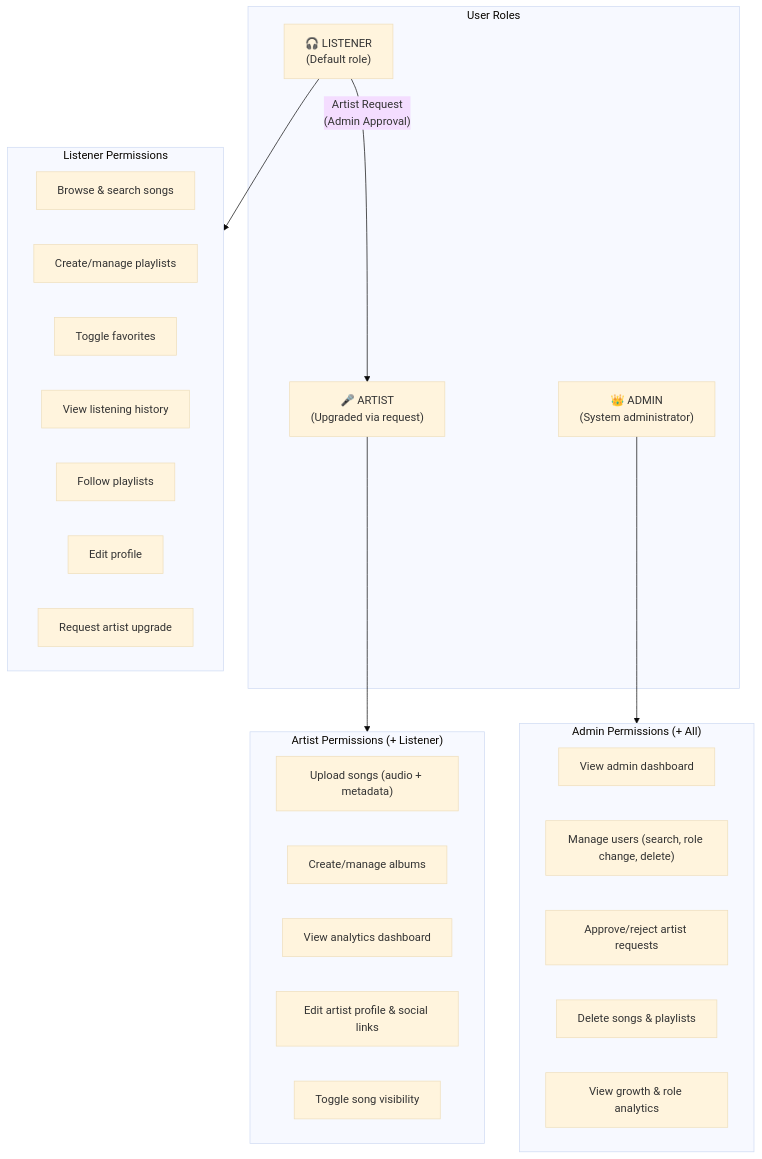
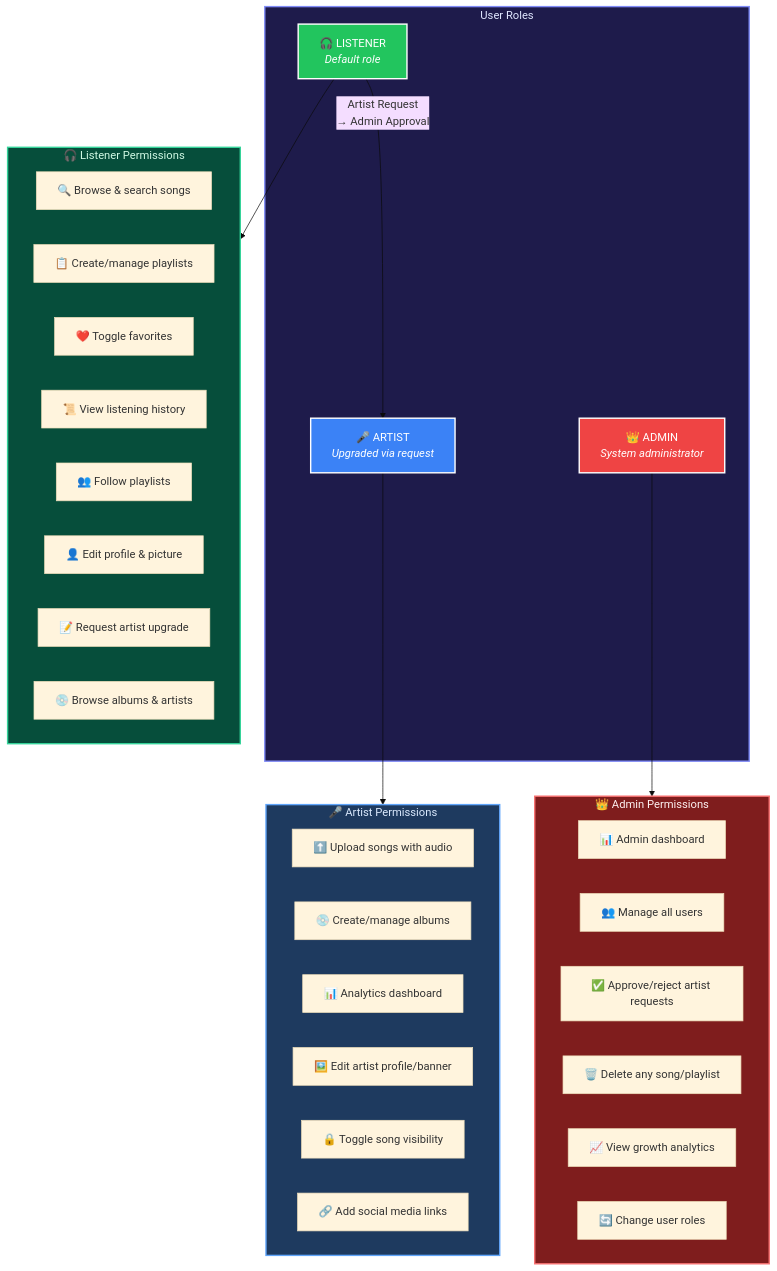
One commit to FlynnRyder29/RevPlay_Web_App changed the eighth of 9 diagrams in docs/architecture.md. Above: the diagram before and after it, drawn with Mermaid (base theme). The commit also changed other lines of this file and 1 other file, not shown here.

````diff
--- a/docs/architecture.md
+++ b/docs/architecture.md
@@ -448,40 +546,51 @@
 ```mermaid
 graph TD
-    subgraph ROLES["User Roles"]
-        LISTENER["🎧 LISTENER<br/>(Default role)"]
-        ARTIST["🎤 ARTIST<br/>(Upgraded via request)"]
-        ADMIN_ROLE["👑 ADMIN<br/>(System administrator)"]
+    subgraph Roles["User Roles"]
+        L["🎧 LISTENER<br/><i>Default role</i>"]
+        A["🎤 ARTIST<br/><i>Upgraded via request</i>"]
+        AD["👑 ADMIN<br/><i>System administrator</i>"]
     end
 
-    subgraph LISTENER_ACCESS["Listener Permissions"]
-        L1["Browse & search songs"]
-        L2["Create/manage playlists"]
-        L3["Toggle favorites"]
-        L4["View listening history"]
-        L5["Follow playlists"]
-        L6["Edit profile"]
-        L7["Request artist upgrade"]
+    subgraph ListenerPerms["🎧 Listener Permissions"]
+        L1["🔍 Browse & search songs"]
+        L2["📋 Create/manage playlists"]
+        L3["❤️ Toggle favorites"]
+        L4["📜 View listening history"]
+        L5["👥 Follow playlists"]
+        L6["👤 Edit profile & picture"]
+        L7["📝 Request artist upgrade"]
+        L8["💿 Browse albums & artists"]
     end
 
-    subgraph ARTIST_ACCESS["Artist Permissions (+ Listener)"]
-        A1["Upload songs (audio + metadata)"]
-        A2["Create/manage albums"]
-        A3["View analytics dashboard"]
-        A4["Edit artist profile & social links"]
-        A5["Toggle song visibility"]
+    subgraph ArtistPerms["🎤 Artist Permissions"]
+        A1["⬆️ Upload songs with audio"]
+        A2["💿 Create/manage albums"]
+        A3["📊 Analytics dashboard"]
+        A4["🖼️ Edit artist profile/banner"]
+        A5["🔒 Toggle song visibility"]
+        A6["🔗 Add social media links"]
     end
 
-    subgraph ADMIN_ACCESS["Admin Permissions (+ All)"]
-        AD1["View admin dashboard"]
-        AD2["Manage users (search, role change, delete)"]
-        AD3["Approve/reject artist requests"]
-        AD4["Delete songs & playlists"]
-        AD5["View growth & role analytics"]
+    subgraph AdminPerms["👑 Admin Permissions"]
+        AD1["📊 Admin dashboard"]
+        AD2["👥 Manage all users"]
+        AD3["✅ Approve/reject artist requests"]
+        AD4["🗑️ Delete any song/playlist"]
+        AD5["📈 View growth analytics"]
+        AD6["🔄 Change user roles"]
     end
 
-    LISTENER --> LISTENER_ACCESS
-    ARTIST --> ARTIST_ACCESS
-    ADMIN_ROLE --> ADMIN_ACCESS
+    L --> ListenerPerms
+    A --> ArtistPerms
+    AD --> AdminPerms
 
-    LISTENER -->|"Artist Request<br/>(Admin Approval)"| ARTIST
+    L -->|"Artist Request<br/>→ Admin Approval"| A
+
+    style Roles fill:#1e1b4b,stroke:#818cf8,color:#e0e7ff,stroke-width:2px
+    style ListenerPerms fill:#064e3b,stroke:#34d399,color:#d1fae5,stroke-width:2px
+    style ArtistPerms fill:#1e3a5f,stroke:#60a5fa,color:#dbeafe,stroke-width:2px
+    style AdminPerms fill:#7f1d1d,stroke:#f87171,color:#fef2f2,stroke-width:2px
+    style L fill:#22c55e,stroke:#fff,color:#fff,stroke-width:2px
+    style A fill:#3b82f6,stroke:#fff,color:#fff,stroke-width:2px
+    style AD fill:#ef4444,stroke:#fff,color:#fff,stroke-width:2px
 ```
````
